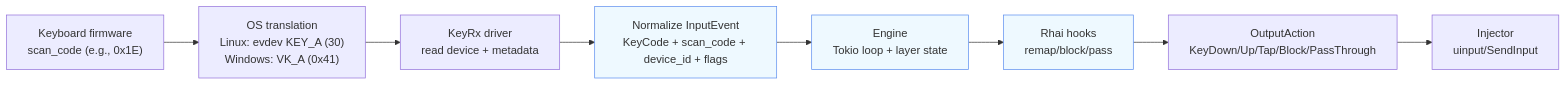
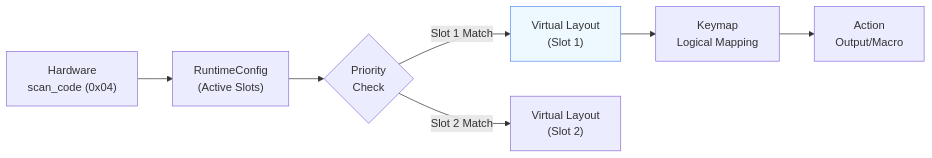
Before and after one commit to RyosukeMondo/keyrx: the diagram in .spec-workflow/steering/tech.md, drawn with Mermaid. The commit also changed other lines of this file and 5 other files, not shown here.

Commit message:
docs: refine profile mapping specs for multi-device, 1:N wiring, and priority

````diff
--- a/.spec-workflow/steering/tech.md
+++ b/.spec-workflow/steering/tech.md
@@ -119,13 +116,11 @@
 ```mermaid
 flowchart LR
-    FW["Keyboard firmware\nscan_code (e.g., 0x1E)"] --> OS["OS translation\nLinux: evdev KEY_A (30)\nWindows: VK_A (0x41)"]
-    OS --> DRV["KeyRx driver\nread device + metadata"]
-    DRV --> EVT["Normalize InputEvent\nKeyCode + scan_code + device_id + flags"]
-    EVT --> ENG["Engine\nTokio loop + layer state"]
-    ENG --> RHAI["Rhai hooks\nremap/block/pass"]
-    RHAI --> OUT["OutputAction\nKeyDown/Up/Tap/Block/PassThrough"]
-    OUT --> INJ["Injector\nuinput/SendInput"]
-    style EVT fill:#eef9ff,stroke:#5b8def
-    style ENG fill:#eef9ff,stroke:#5b8def
-    style RHAI fill:#eef9ff,stroke:#5b8def
+    FW["Hardware\nscan_code (0x04)"] --> RUNTIME["RuntimeConfig\n(Active Slots)"]
+    RUNTIME --> PRIORITY{Priority\nCheck}
+    PRIORITY -->|Slot 1 Match| VIRT1["Virtual Layout\n(Slot 1)"]
+    PRIORITY -->|Slot 2 Match| VIRT2["Virtual Layout\n(Slot 2)"]
+    VIRT1 --> KMAP["Keymap\nLogical Mapping"]
+    KMAP --> ACT["Action\nOutput/Macro"]
+
+    style VIRT1 fill:#eef9ff,stroke:#5b8def
 ```
````
